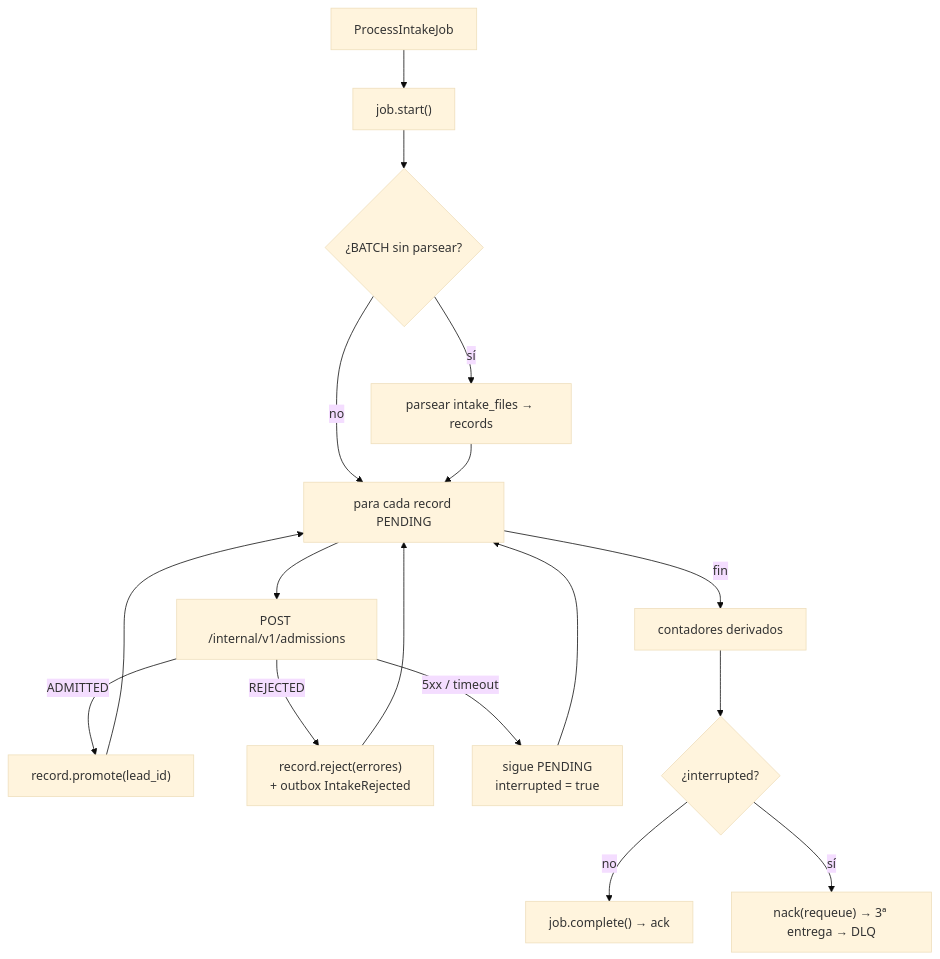
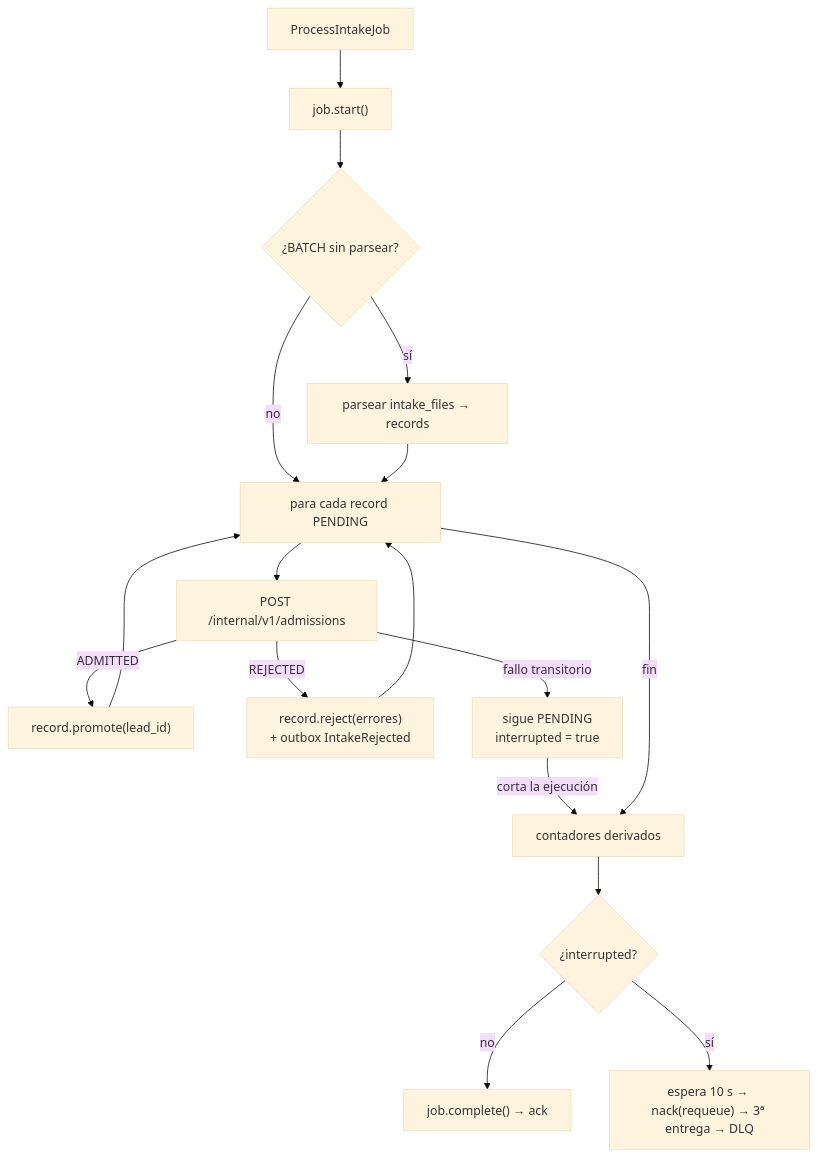
The third of 4 diagrams in docs/content/microservices/04-comunicacion-y-eventos.md (MDCIrony/leads-hexa), drawn with Mermaid (base theme) before and after one commit. The commit also changed other lines of this file and 33 other files, not shown here.

````diff
--- a/docs/content/microservices/04-comunicacion-y-eventos.md
+++ b/docs/content/microservices/04-comunicacion-y-eventos.md
@@ -232,19 +235,19 @@
 ```mermaid
 flowchart TD
     MSG["ProcessIntakeJob"] --> START["job.start()"]
     START --> FILE{"¿BATCH sin parsear?"}
     FILE -->|sí| PARSE["parsear intake_files → records"]
     FILE -->|no| LOOP
     PARSE --> LOOP["para cada record PENDING"]
     LOOP --> ADM["POST /internal/v1/admissions"]
     ADM -->|ADMITTED| PROM["record.promote(lead_id)"]
     ADM -->|REJECTED| REJ["record.reject(errores)<br/>+ outbox IntakeRejected"]
-    ADM -->|"5xx / timeout"| KEEP["sigue PENDING<br/>interrupted = true"]
+    ADM -->|"fallo transitorio"| KEEP["sigue PENDING<br/>interrupted = true"]
     PROM --> LOOP
     REJ --> LOOP
-    KEEP --> LOOP
-    LOOP -->|fin| COUNT["contadores derivados"]
+    KEEP -->|"corta la ejecución"| COUNT["contadores derivados"]
+    LOOP -->|fin| COUNT
     COUNT --> Q{"¿interrupted?"}
     Q -->|no| DONE["job.complete() → ack"]
-    Q -->|sí| NACK["nack(requeue) → 3ª entrega → DLQ"]
+    Q -->|sí| NACK["espera 10 s → nack(requeue) → 3ª entrega → DLQ"]
 ```
````
